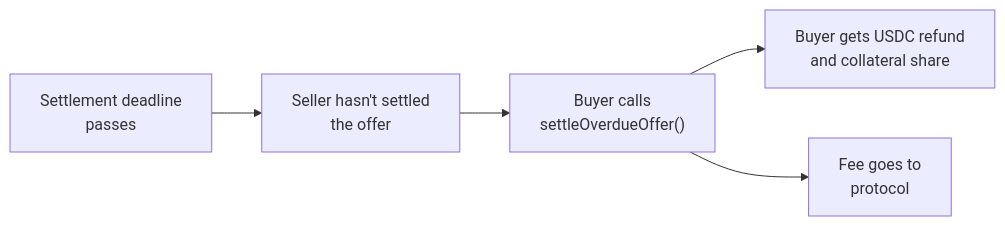
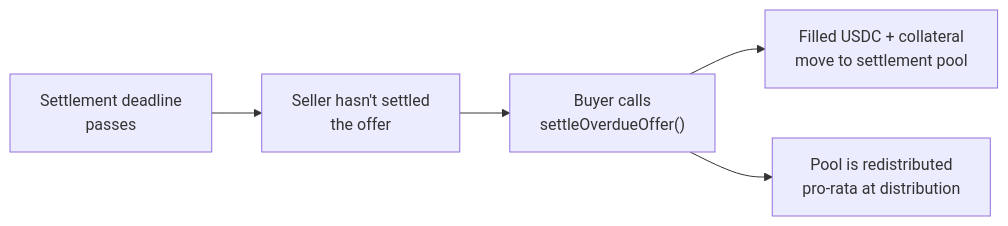
One commit to 0xPortalLabs/docs changed the sixth of 6 diagrams in architecture/market-trading.mdx. Above: the diagram before and after it, drawn with Mermaid. The commit also changed other lines of this file and 7 other files, not shown here.

````diff
--- a/architecture/market-trading.mdx
+++ b/architecture/market-trading.mdx
@@ -259,11 +285,11 @@
 ```mermaid
 graph LR
   A["Settlement deadline<br/>passes"]
   B["Seller hasn't settled<br/>the offer"]
   C["Buyer calls<br/>settleOverdueOffer()"]
-  D["Buyer gets USDC refund<br/>and collateral share"]
-  E["Fee goes to<br/>protocol"]
+  D["Filled USDC + collateral<br/>move to settlement pool"]
+  E["Pool is redistributed<br/>pro-rata at distribution"]
 
   A --> B --> C --> D
   C --> E
 ```
````
